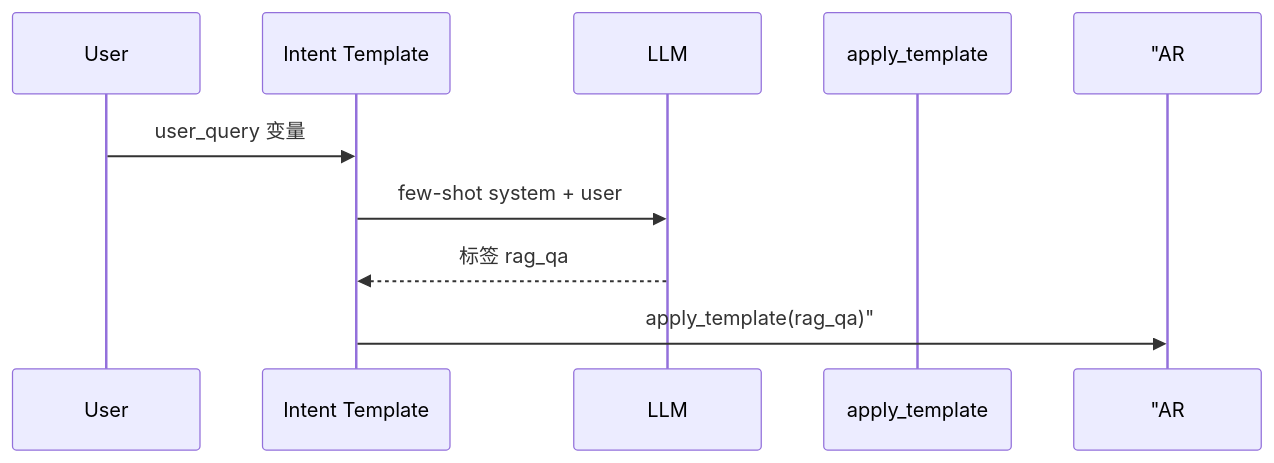
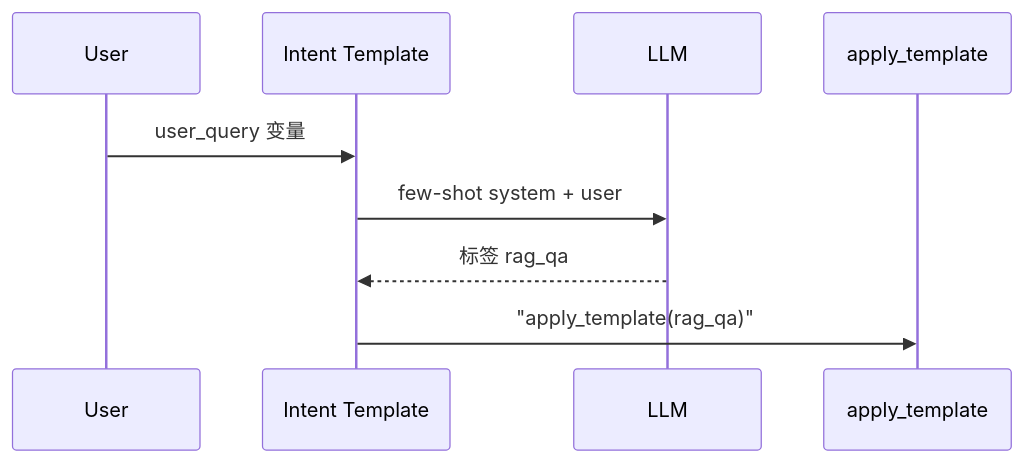
Before and after one commit to ab6539763/70_days_course_plus: the third of 3 diagrams in course/day17/13_深度扩展_少样本与角色.md, drawn with Mermaid. The commit also changed 80 other files, not shown here.

First line of the commit message:
fix(course): 修复 Mermaid 图表渲染报错 + 同步嵌入代码快照

````diff
--- a/course/day17/13_深度扩展_少样本与角色.md
+++ b/course/day17/13_深度扩展_少样本与角色.md
@@ -101,12 +101,12 @@
 ```mermaid
 sequenceDiagram
     participant U as User
     participant IC as Intent Template
     participant LLM
     participant AR as apply_template
 
     U->>IC: user_query 变量
     IC->>LLM: few-shot system + user
     LLM-->>IC: 标签 rag_qa
-    IC->> "AR: apply_template(rag_qa)"
+    IC->>AR: "apply_template(rag_qa)"
 ```
````
